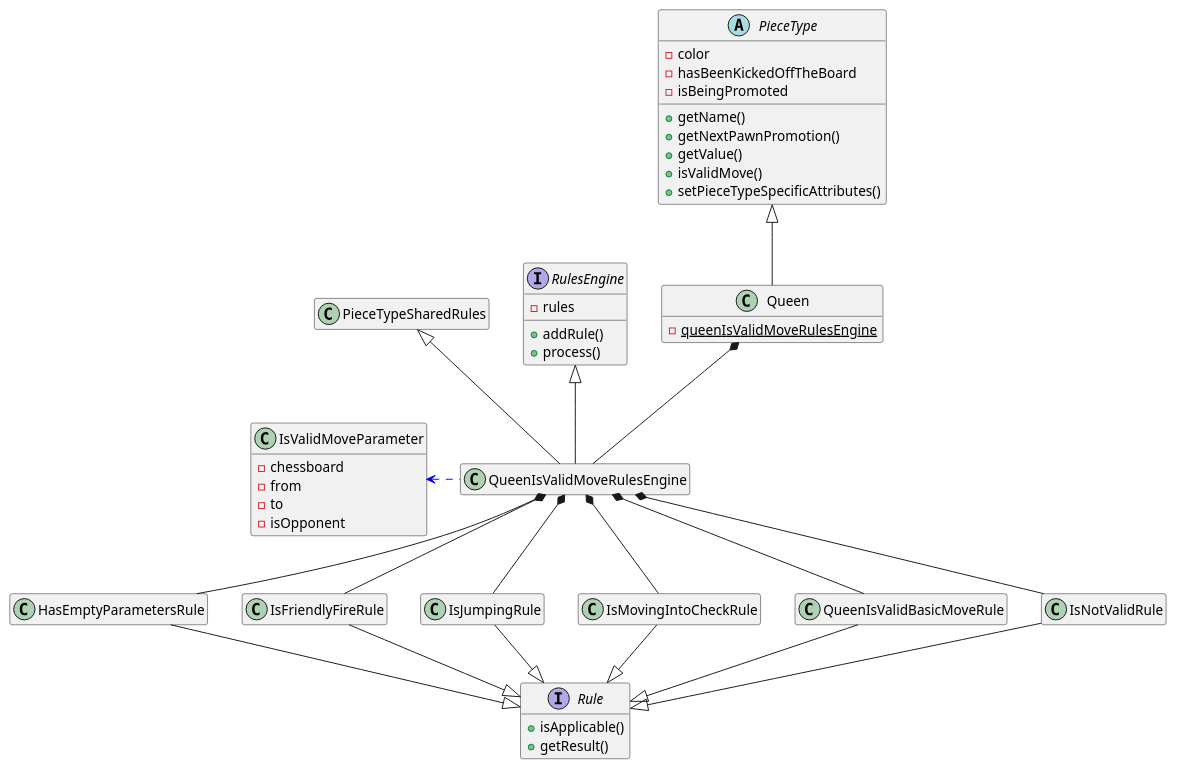
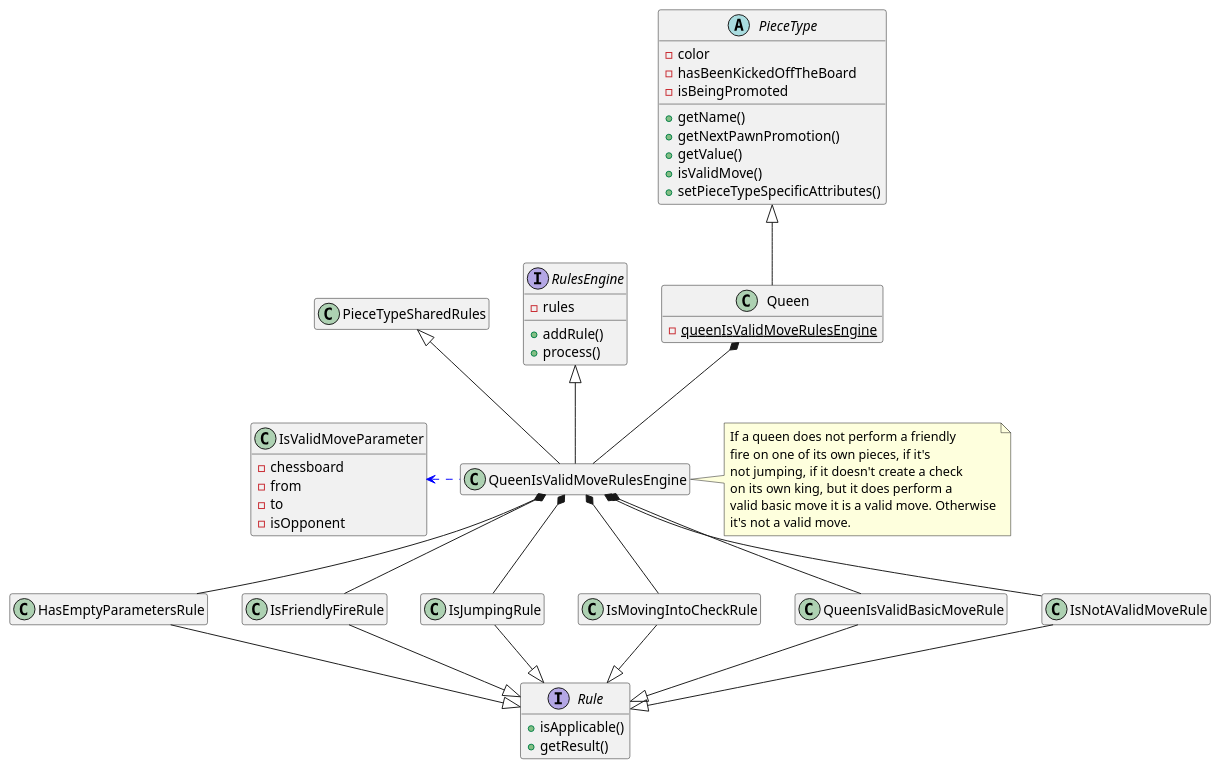
One commit to tiktaalick/chess-with-database changed the diagram in game/src/main/resources/uml/queen.puml. Above: the diagram before and after it, drawn with PlantUML. The commit also changed 22 other files, not shown here.

Commit message:
* Added notes to the class diagrams.

```diff
--- a/game/src/main/resources/uml/queen.puml
+++ b/game/src/main/resources/uml/queen.puml
@@ -1,65 +1,77 @@
 @startuml
 
 '--------------'
 'Hidden members'
 '--------------'
 hide empty members
 
 '----'
 'Move'
 '----'
 abstract class PieceType {
     - color
     - hasBeenKickedOffTheBoard
     - isBeingPromoted
     + getName()
     + getNextPawnPromotion()
     + getValue()
     + isValidMove()
     + setPieceTypeSpecificAttributes()
 }
 
 class Queen {
     - {static} queenIsValidMoveRulesEngine
 }
 
 class IsValidMoveParameter {
     - chessboard
     - from
     - to
     - isOpponent
 }
 
 interface RulesEngine {
     - rules
     + addRule()
     + process()
 }
 
 interface Rule {
     + isApplicable()
     + getResult()
 }
 
 '---------'
 'Relations'
 '---------'
 PieceType <|-down- Queen
 Queen *-- QueenIsValidMoveRulesEngine
 QueenIsValidMoveRulesEngine -up-|> RulesEngine
 QueenIsValidMoveRulesEngine -up-|> PieceTypeSharedRules
 QueenIsValidMoveRulesEngine .left[#blue].> IsValidMoveParameter
 HasEmptyParametersRule -up-* QueenIsValidMoveRulesEngine
 IsFriendlyFireRule -up-* QueenIsValidMoveRulesEngine
 IsJumpingRule -up-* QueenIsValidMoveRulesEngine
 IsMovingIntoCheckRule -up-* QueenIsValidMoveRulesEngine
 QueenIsValidBasicMoveRule -up-* QueenIsValidMoveRulesEngine
-IsNotValidRule -up-* QueenIsValidMoveRulesEngine
+IsNotAValidMoveRule -up-* QueenIsValidMoveRulesEngine
 HasEmptyParametersRule --|> Rule
 IsFriendlyFireRule --|> Rule
 IsJumpingRule --|> Rule
 IsMovingIntoCheckRule --|> Rule
 QueenIsValidBasicMoveRule --|> Rule
-IsNotValidRule --|> Rule
+IsNotAValidMoveRule --|> Rule
+
+'-----'
+'Notes'
+'-----'
+note right of QueenIsValidMoveRulesEngine {
+    If a queen does not perform a friendly
+    fire on one of its own pieces, if it's
+    not jumping, if it doesn't create a check
+    on its own king, but it does perform a
+    valid basic move it is a valid move. Otherwise
+    it's not a valid move.
+}
 
 @enduml
```
